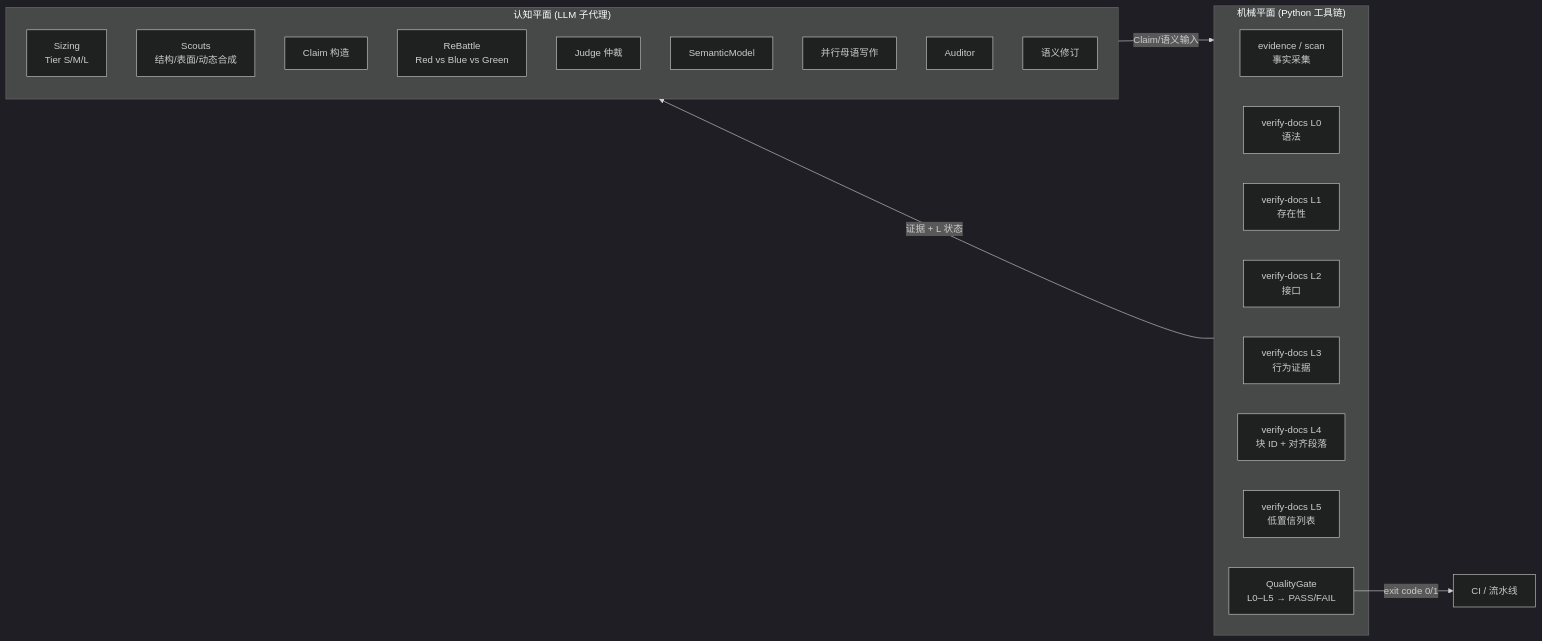
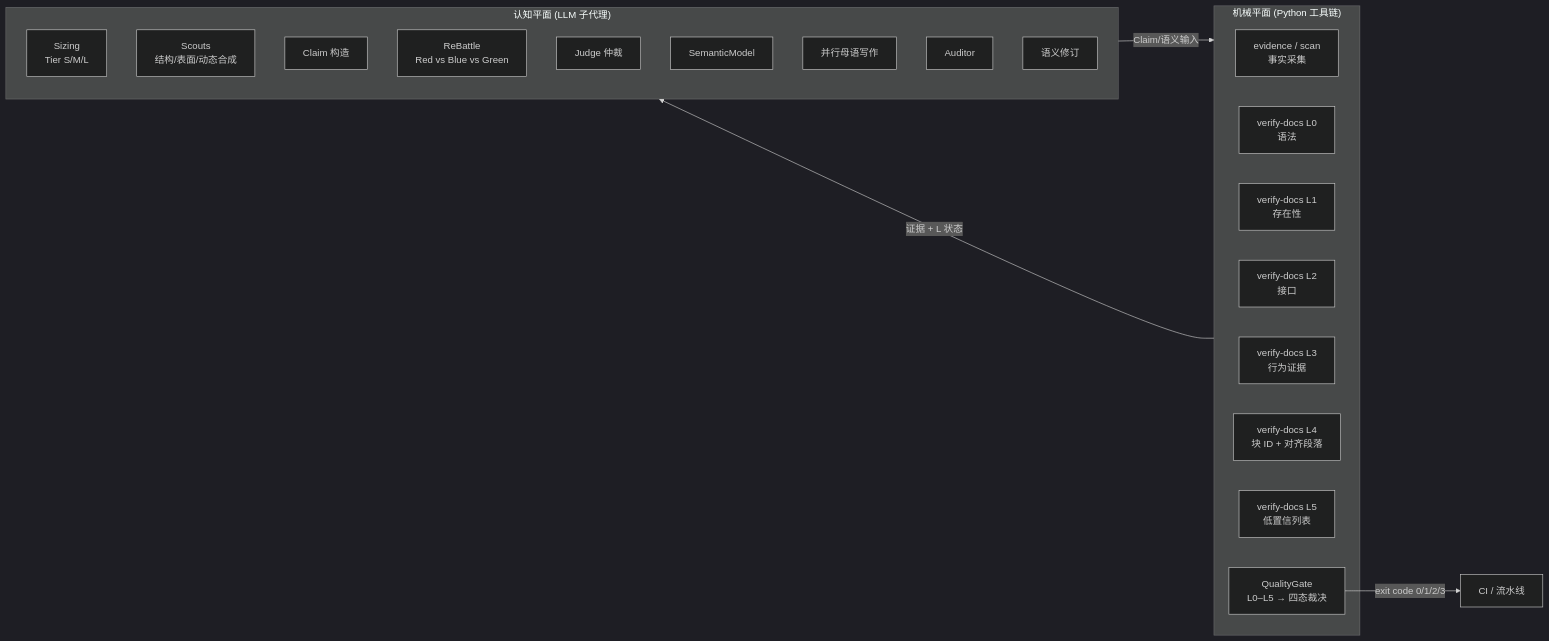
One commit to somnifex/MakeWiki.skills changed the diagram in README.md. Above: the diagram before and after it, drawn with Mermaid (dark theme). The commit also changed other lines of this file and 31 other files, not shown here.

````diff
--- a/README.md
+++ b/README.md
@@ -103,29 +103,29 @@
 ```mermaid
 flowchart LR
     subgraph Cognitive["认知平面 (LLM 子代理)"]
         Sizing["Sizing<br/>Tier S/M/L"]
         Scout["Scouts<br/>结构/表面/动态合成"]
         Claims["Claim 构造"]
         ReB["ReBattle<br/>Red vs Blue vs Green"]
         Judge["Judge 仲裁"]
         Model["SemanticModel"]
         Writers["并行母语写作"]
         Audit["Auditor"]
         Revise["语义修订"]
     end
 
     subgraph Mechanical["机械平面 (Python 工具链)"]
         Evid["evidence / scan<br/>事实采集"]
         V0["verify-docs L0<br/>语法"]
         V1["verify-docs L1<br/>存在性"]
         V2["verify-docs L2<br/>接口"]
         V3["verify-docs L3<br/>行为证据"]
         V4["verify-docs L4<br/>块 ID + 对齐段落"]
         V5["verify-docs L5<br/>低置信列表"]
-        QG["QualityGate<br/>L0–L5 → PASS/FAIL"]
+        QG["QualityGate<br/>L0–L5 → 四态裁决"]
     end
 
     Cognitive -->|Claim/语义输入| Mechanical
     Mechanical -->|证据 + L 状态| Cognitive
-    QG -->|exit code 0/1| CI[CI / 流水线]
+    QG -->|exit code 0/1/2/3| CI[CI / 流水线]
 ```
````
